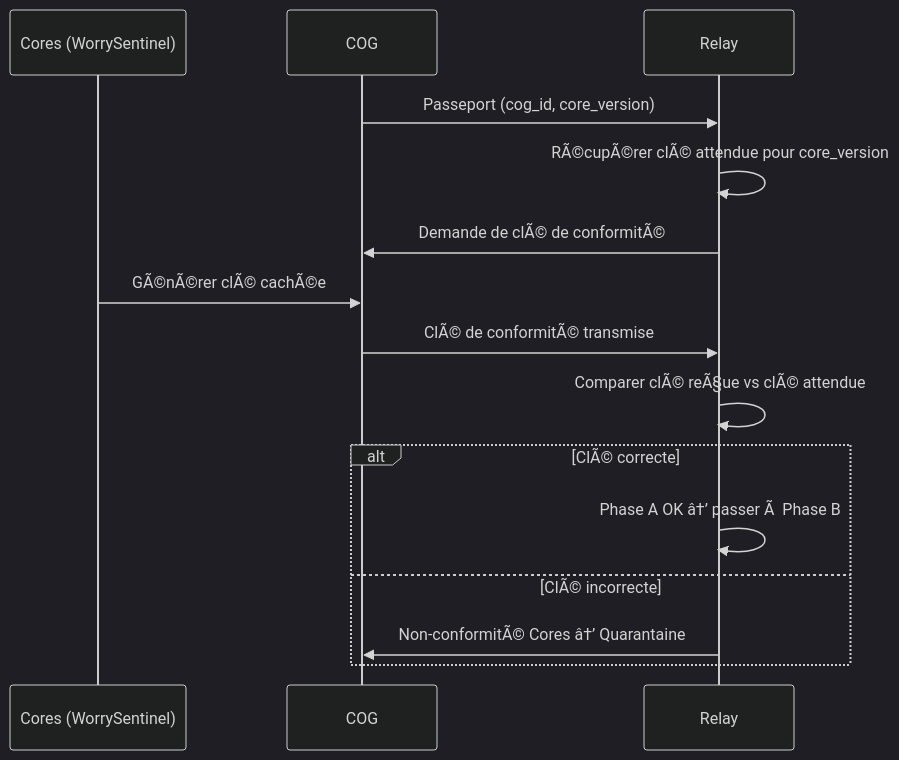
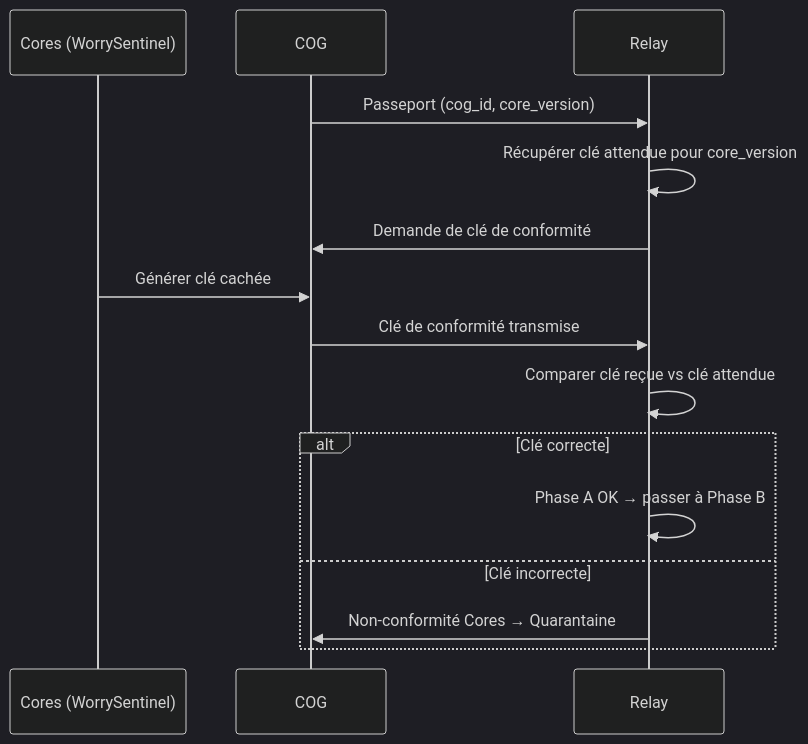
The second of 5 diagrams in docs/miyukini-webway-system/verification/MWS - Flux de Verification.md (StudioMiyukini/miyukini_cog), drawn with Mermaid (dark theme) before and after one commit. The commit also changed other lines of this file and 564 other files, not shown here.

````diff
--- a/docs/miyukini-webway-system/verification/MWS - Flux de Verification.md
+++ b/docs/miyukini-webway-system/verification/MWS - Flux de Verification.md
@@ -72,18 +72,18 @@
 ```mermaid
 sequenceDiagram
     participant Cores as Cores (WorrySentinel)
     participant COG as COG
     participant R as Relay
 
     COG->>R: Passeport (cog_id, core_version)
-    R->>R: RÃ©cupÃ©rer clÃ© attendue pour core_version
-    R->>COG: Demande de clÃ© de conformitÃ©
-    Cores->>COG: GÃ©nÃ©rer clÃ© cachÃ©e
-    COG->>R: ClÃ© de conformitÃ© transmise
-    R->>R: Comparer clÃ© reÃ§ue vs clÃ© attendue
-    alt ClÃ© correcte
-        R->>R: Phase A OK â†’ passer Ã  Phase B
-    else ClÃ© incorrecte
-        R->>COG: Non-conformitÃ© Cores â†’ Quarantaine
+    R->>R: Récupérer clé attendue pour core_version
+    R->>COG: Demande de clé de conformité
+    Cores->>COG: Générer clé cachée
+    COG->>R: Clé de conformité transmise
+    R->>R: Comparer clé reçue vs clé attendue
+    alt Clé correcte
+        R->>R: Phase A OK → passer à Phase B
+    else Clé incorrecte
+        R->>COG: Non-conformité Cores → Quarantaine
     end
 ```
````
